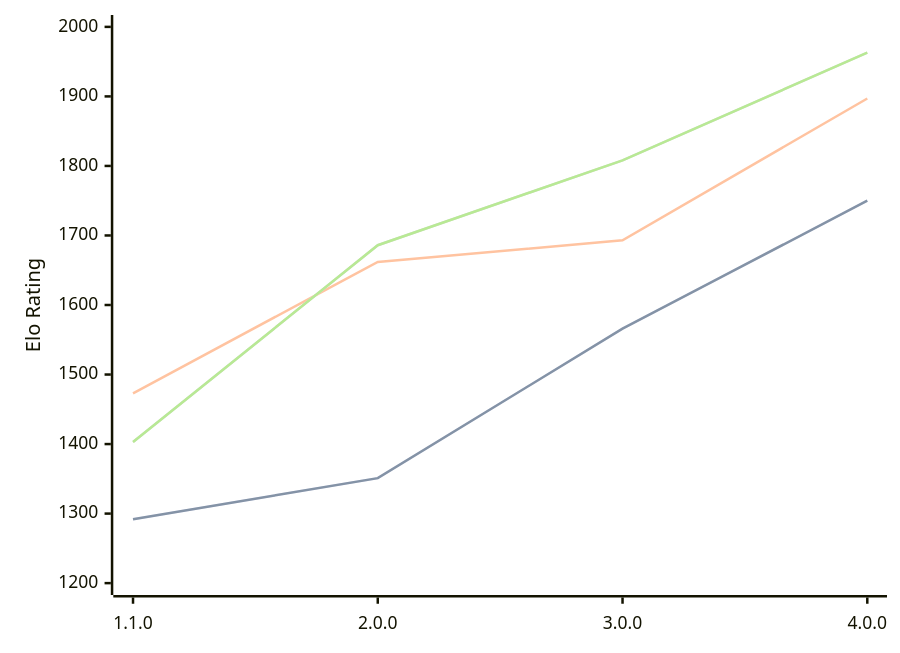
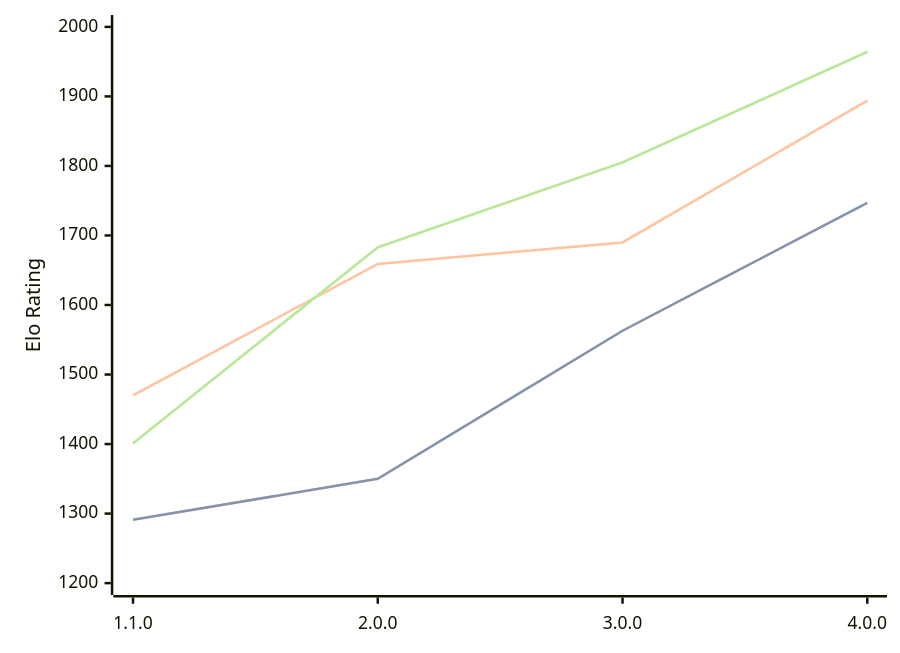
The diagram in engines/Laura.md (computer-chess-index/cci), drawn with Mermaid before and after one commit. The commit also changed other lines of this file, not shown here.

Commit message:
Update CCI Ratings (ELO VLTC) - 2026-06-08

````diff
--- a/engines/Laura.md
+++ b/engines/Laura.md
@@ -35,11 +35,11 @@
 ```mermaid
 %%{init: {"theme":"base","themeVariables":{"seriesColors:['#a3a3a3','#222221','#faa371']}}}%%
 xychart-beta
   x-axis ["1.1.0", "2.0.0", "3.0.0", "4.0.0"]
   y-axis "Elo Rating" 1200 --> 2000
-  line "STC (8.0+0.08s)" [1292, 1351, 1566, 1750]
-  line "STC (8.0+0.08s)" [1292, 1351, 1566, 1750]
-  line "LTC (60.0+0.60s)" [1473, 1662, 1693, 1897]
-  line "VLTC (2m24s+1.12s)" [1403, 1686, 1808, 1963]
-  line "VLTC (2m24s+1.12s)" [1403, 1686, 1808, 1963]
+  line "STC (8.0+0.08s)" [1291, 1350, 1563, 1747]
+  line "STC (8.0+0.08s)" [1291, 1350, 1563, 1747]
+  line "LTC (60.0+0.60s)" [1470, 1659, 1690, 1894]
+  line "VLTC (2m24s+1.12s)" [1401, 1683, 1805, 1964]
+  line "VLTC (2m24s+1.12s)" [1401, 1683, 1805, 1964]
 ```
````
